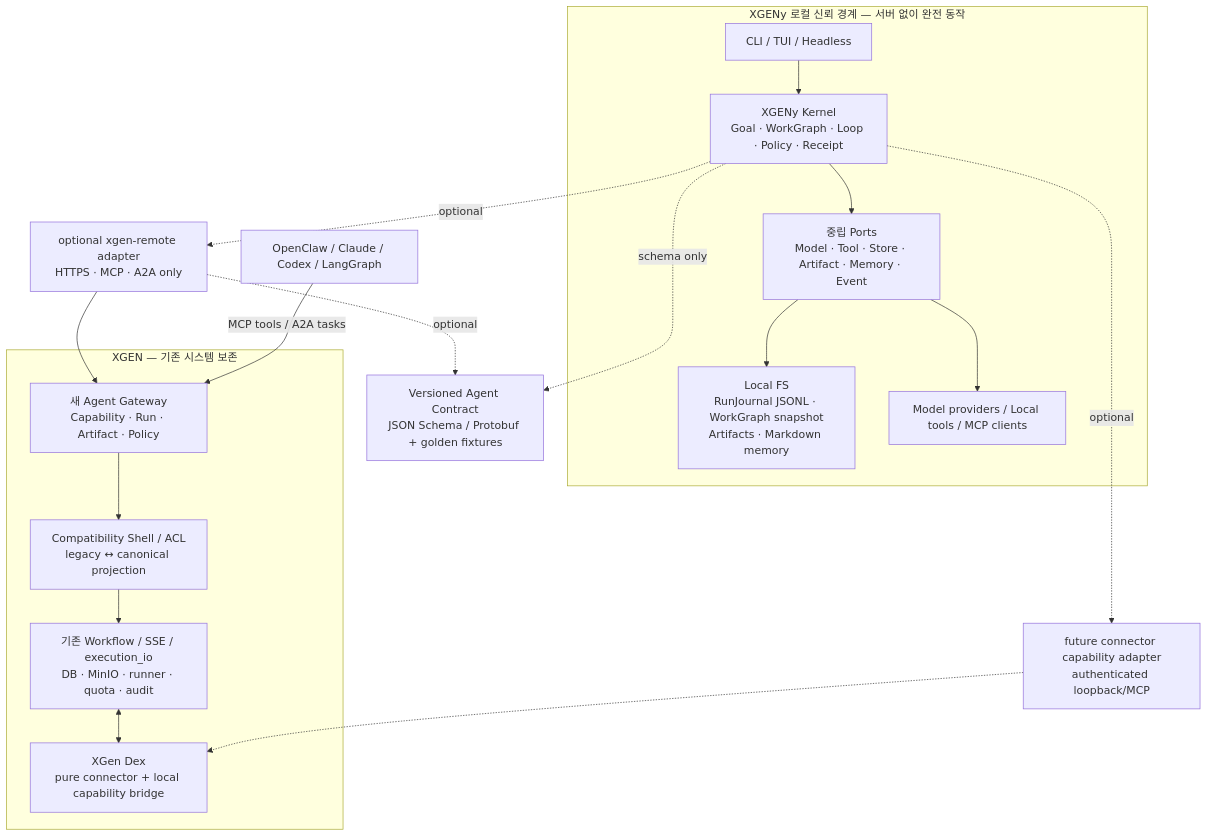
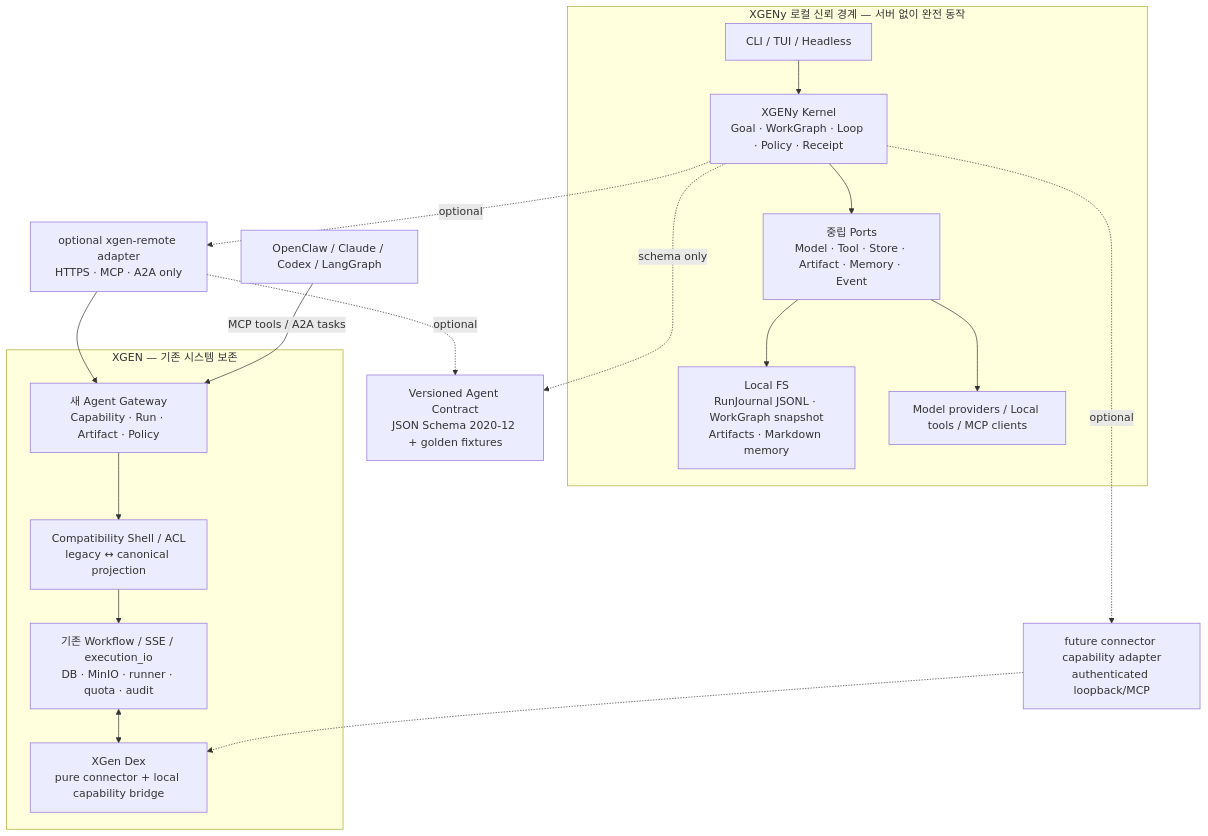
One commit to PlateerLab/xgeny-cli changed the diagram in docs/architecture/2026-08-27-xgeny-xgen-evolution.md. Above: the diagram before and after it, drawn with Mermaid. The commit also changed other lines of this file and 36 other files, not shown here.

````diff
--- a/docs/architecture/2026-08-27-xgeny-xgen-evolution.md
+++ b/docs/architecture/2026-08-27-xgeny-xgen-evolution.md
@@ -119,33 +121,33 @@
 ```mermaid
 flowchart TB
   subgraph Local["XGENy 로컬 신뢰 경계 — 서버 없이 완전 동작"]
     CLI[CLI / TUI / Headless]
     Kernel["XGENy Kernel\nGoal · WorkGraph · Loop · Policy · Receipt"]
     Ports["중립 Ports\nModel · Tool · Store · Artifact · Memory · Event"]
     FS["Local FS\nRunJournal JSONL · WorkGraph snapshot\nArtifacts · Markdown memory"]
     Providers[Model providers / Local tools / MCP clients]
     CLI --> Kernel --> Ports
     Ports --> FS
     Ports --> Providers
   end
 
-  Protocol["Versioned Agent Contract\nJSON Schema / Protobuf + golden fixtures"]
+  Protocol["Versioned Agent Contract\nJSON Schema 2020-12 + golden fixtures"]
   XAdapter["optional xgen-remote adapter\nHTTPS · MCP · A2A only"]
   CAdapter["future connector capability adapter\nauthenticated loopback/MCP"]
 
   subgraph XGEN["XGEN — 기존 시스템 보존"]
     Native["새 Agent Gateway\nCapability · Run · Artifact · Policy"]
     Compat["Compatibility Shell / ACL\nlegacy ↔ canonical projection"]
     Legacy["기존 Workflow / SSE / execution_io\nDB · MinIO · runner · quota · audit"]
     Connector["XGen Dex\npure connector + local capability bridge"]
     Native --> Compat --> Legacy
     Legacy <--> Connector
   end
 
   External[OpenClaw / Claude / Codex / LangGraph]
   Kernel -. schema only .-> Protocol
   XAdapter -. optional .-> Protocol
   Kernel -. optional .-> XAdapter --> Native
   Kernel -. optional .-> CAdapter -.-> Connector
   External -->|MCP tools / A2A tasks| Native
 ```
````
